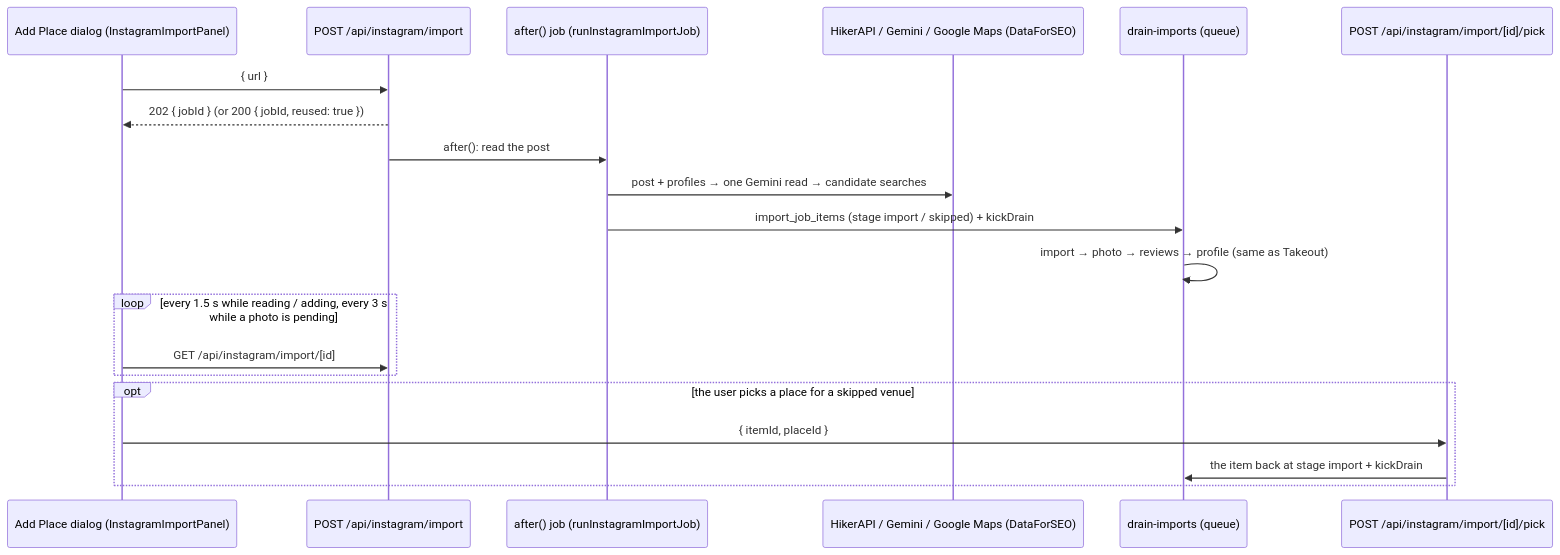
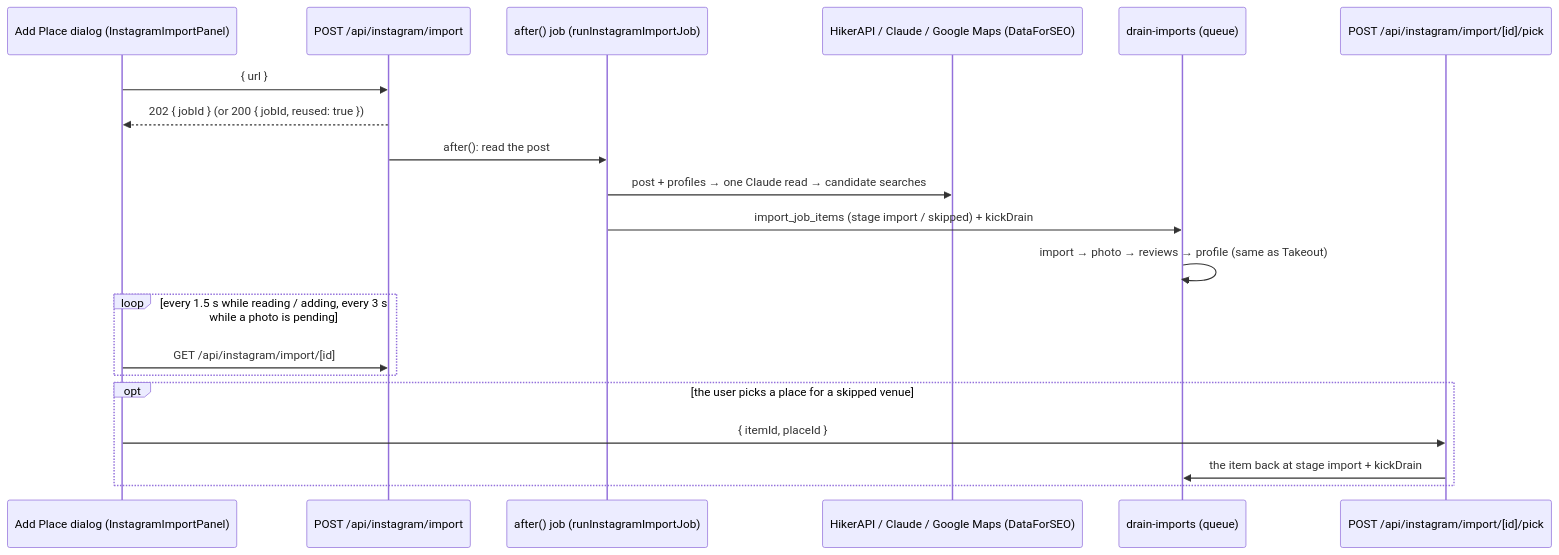
One commit to ozanoid/map-organiser changed the diagram in docs/05-flows/instagram-import-flow.md. Above: the diagram before and after it, drawn with Mermaid. The commit also changed other lines of this file and 55 other files, not shown here.

First line of the commit message:
Profiles by Claude Sonnet 5.5, Instagram reads by Haiku 5.5 (v1.51.0)

````diff
--- a/docs/05-flows/instagram-import-flow.md
+++ b/docs/05-flows/instagram-import-flow.md
@@ -117,22 +117,22 @@
 ```mermaid
 sequenceDiagram
   participant D as Add Place dialog (InstagramImportPanel)
   participant R as POST /api/instagram/import
   participant J as after() job (runInstagramImportJob)
-  participant X as HikerAPI / Gemini / Google Maps (DataForSEO)
+  participant X as HikerAPI / Claude / Google Maps (DataForSEO)
   participant Q as drain-imports (queue)
   participant P as POST /api/instagram/import/[id]/pick
   D->>R: { url }
   R-->>D: 202 { jobId }  (or 200 { jobId, reused: true })
   R->>J: after(): read the post
-  J->>X: post + profiles → one Gemini read → candidate searches
+  J->>X: post + profiles → one Claude read → candidate searches
   J->>Q: import_job_items (stage import / skipped) + kickDrain
   Q->>Q: import → photo → reviews → profile (same as Takeout)
   loop every 1.5 s while reading / adding, every 3 s while a photo is pending
     D->>R: GET /api/instagram/import/[id]
   end
   opt the user picks a place for a skipped venue
     D->>P: { itemId, placeId }
     P->>Q: the item back at stage import + kickDrain
   end
 ```
````
